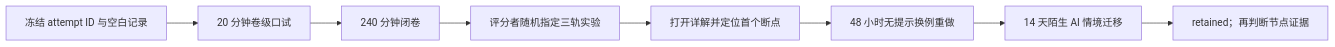
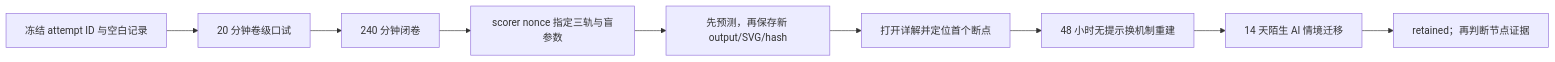
The first of 2 diagrams in 00-知识库管理/_labs/assessments/阶段测验 - ODE、动力系统与 SDE（10.9）.md (atongbuxiang/ai-foundations-from-beginner-to-mastery), drawn with Mermaid before and after one commit. The commit also changed other lines of this file and 12 other files, not shown here.

````diff
--- a/00-知识库管理/_labs/assessments/阶段测验 - ODE、动力系统与 SDE（10.9）.md
+++ b/00-知识库管理/_labs/assessments/阶段测验 - ODE、动力系统与 SDE（10.9）.md
@@ -26,10 +26,11 @@
 ```mermaid
 flowchart LR
     F["冻结 attempt ID 与空白记录"] --> O["20 分钟卷级口试"]
     O --> W["240 分钟闭卷"]
-    W --> E["评分者随机指定三轨实验"]
+    W --> N["scorer nonce 指定三轨与盲参数"]
+    N --> E["先预测，再保存新 output/SVG/hash"]
     E --> S["打开详解并定位首个断点"]
-    S --> R48["48 小时无提示换例重做"]
+    S --> R48["48 小时无提示换机制重建"]
     R48 --> R14["14 天陌生 AI 情境迁移"]
     R14 --> P["retained；再判断节点证据"]
 ```
````
